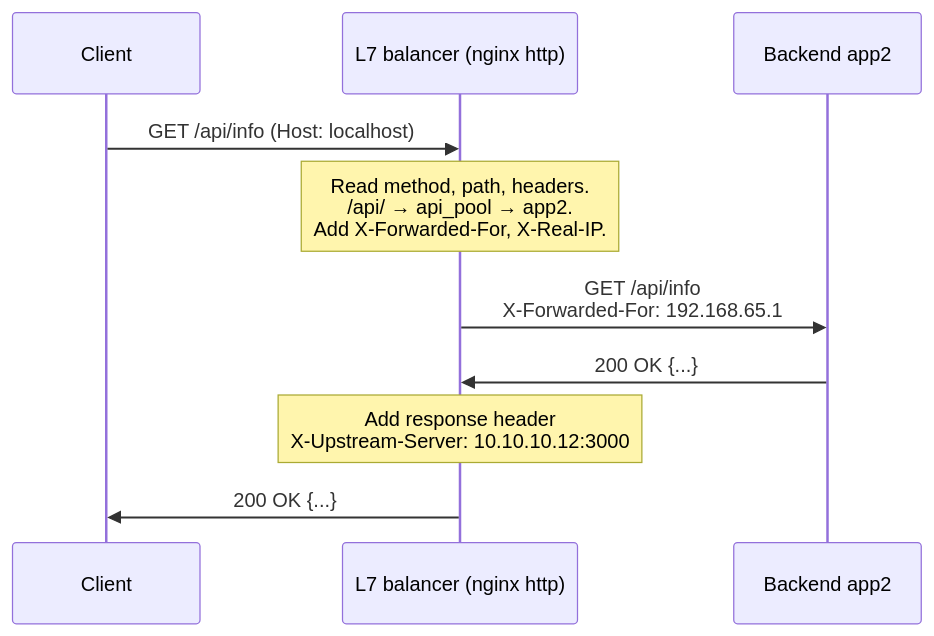
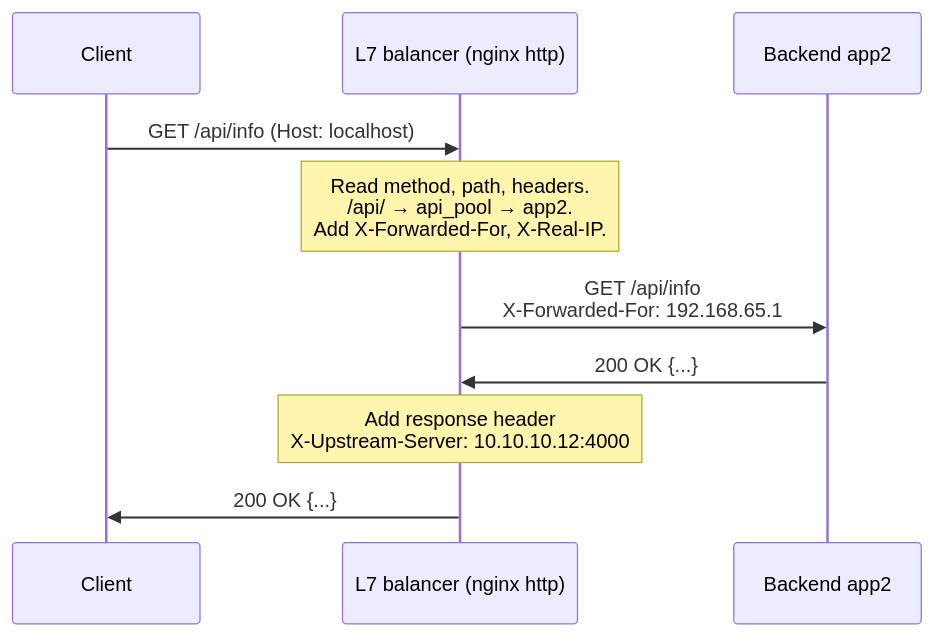
One commit to mritunjayupadhyay/loadbalancer-l4-l7 changed the fifth of 8 diagrams in README.md. Above: the diagram before and after it, drawn with Mermaid. The commit also changed other lines of this file and 9 other files, not shown here.

````diff
--- a/README.md
+++ b/README.md
@@ -181,12 +183,12 @@
 ```mermaid
 sequenceDiagram
     participant C as Client
     participant LB as L7 balancer (nginx http)
     participant B as Backend app2
     C->>LB: GET /api/info  (Host: localhost)
     Note over LB: Read method, path, headers.<br/>/api/ → api_pool → app2.<br/>Add X-Forwarded-For, X-Real-IP.
     LB->>B: GET /api/info<br/>X-Forwarded-For: 192.168.65.1
     B->>LB: 200 OK {...}
-    Note over LB: Add response header<br/>X-Upstream-Server: 10.10.10.12:3000
+    Note over LB: Add response header<br/>X-Upstream-Server: 10.10.10.12:4000
     LB->>C: 200 OK {...}
 ```
````
